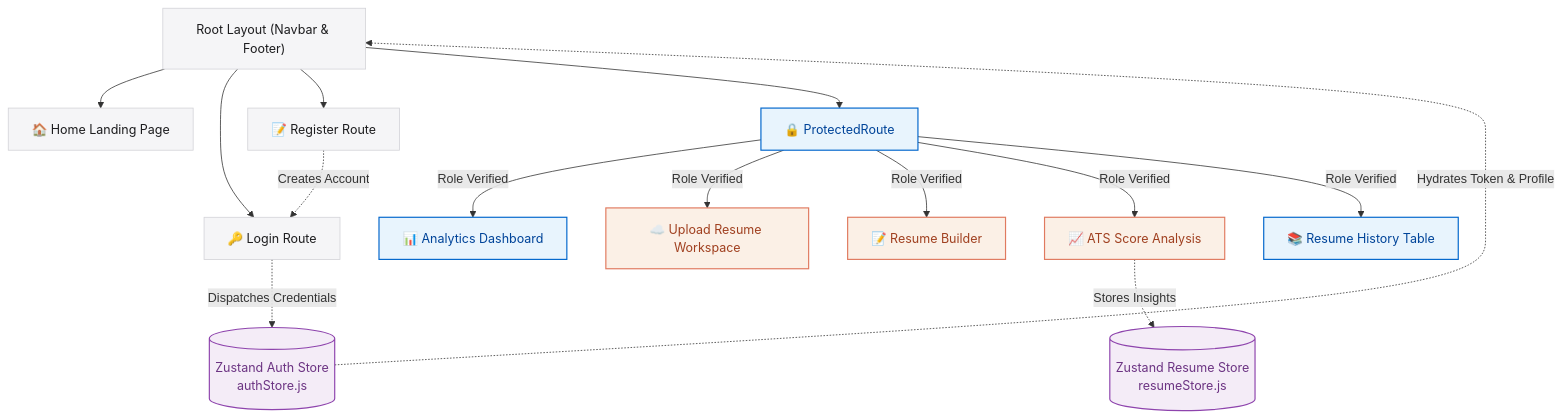
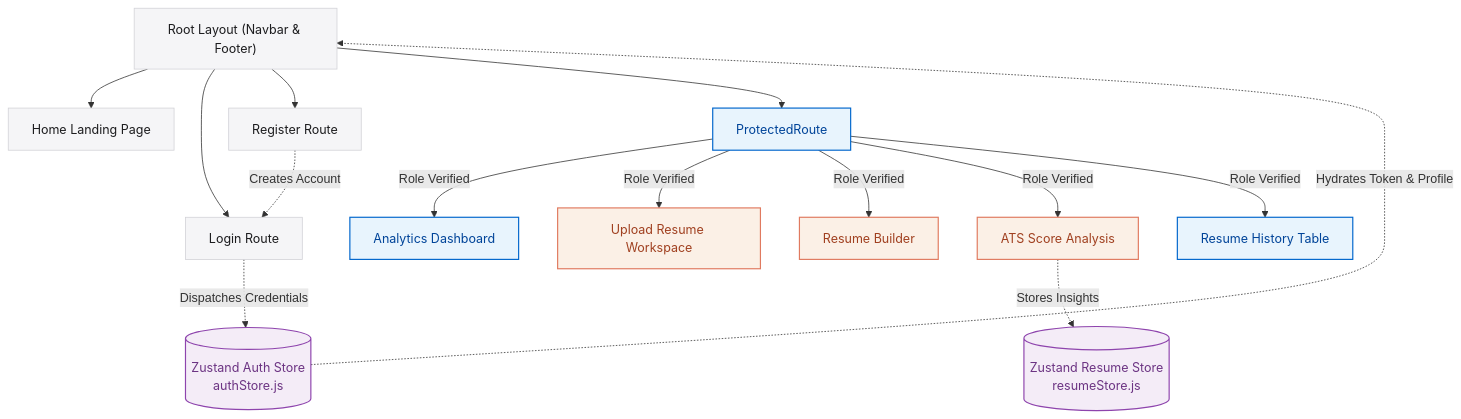
Before and after one commit to Phanikarthik919/AI-Powered-Resume-Analyzer: the diagram in FRONTEND/README.md, drawn with Mermaid. The commit also changed other lines of this file and 1 other file, not shown here.

````diff
--- a/FRONTEND/README.md
+++ b/FRONTEND/README.md
@@ -47,51 +47,51 @@
 ```mermaid
 graph TD
     %% Base Styling
     classDef default fill:#f5f5f7,stroke:#d2d2d7,stroke-width:1px,color:#1d1d1f,font-family:Inter;
     classDef secure fill:#e8f4fd,stroke:#0066cc,stroke-width:1.5px,color:#004499,font-family:Inter;
     classDef ai fill:#fbf0e6,stroke:#e07a5f,stroke-width:1.5px,color:#a04020,font-family:Inter;
     classDef state fill:#f4ecf7,stroke:#8e44ad,stroke-width:1.5px,color:#6c3483,font-family:Inter;
 
     %% Elements
     Root[" Root Layout (Navbar & Footer)"]:::default
-    Home["🏠 Home Landing Page"]:::default
-    Login["🔑 Login Route"]:::default
-    Register["📝 Register Route"]:::default
+    Home[" Home Landing Page"]:::default
+    Login[" Login Route"]:::default
+    Register[" Register Route"]:::default
     AuthStore[("Zustand Auth Store <br> authStore.js")]:::state
     ResumeStore[("Zustand Resume Store <br> resumeStore.js")]:::state
 
     %% Protected Routes
-    Sec["🔒 ProtectedRoute"]:::secure
+    Sec[" ProtectedRoute"]:::secure
 
     %% Dashboard Panels
-    Dashboard["📊 Analytics Dashboard"]:::secure
-    Upload["☁️ Upload Resume Workspace"]:::ai
-    Analysis["📈 ATS Score Analysis"]:::ai
-    Builder["📝 Resume Builder"]:::ai
-    History["📚 Resume History Table"]:::secure
+    Dashboard[" Analytics Dashboard"]:::secure
+    Upload[" Upload Resume Workspace"]:::ai
+    Analysis[" ATS Score Analysis"]:::ai
+    Builder[" Resume Builder"]:::ai
+    History[" Resume History Table"]:::secure
 
     %% Connections & Navigation
     Root --> Home
     Root --> Login
     Root --> Register
 
     %% Authentication Flow
     Login -.->|Dispatches Credentials| AuthStore
     Register -.->|Creates Account| Login
     AuthStore -.->|Hydrates Token & Profile| Root
     Analysis -.->|Stores Insights| ResumeStore
 
     %% Routing Guards
     Root --> Sec
 
     Sec -->|Role Verified| Dashboard
     Sec -->|Role Verified| Upload
     Sec -->|Role Verified| Builder
     Sec -->|Role Verified| Analysis
     Sec -->|Role Verified| History
 
     %% Styling Application
     class Sec,Dashboard,History secure;
     class Upload,Analysis,Builder ai;
     class AuthStore,ResumeStore state;
 ```
````
